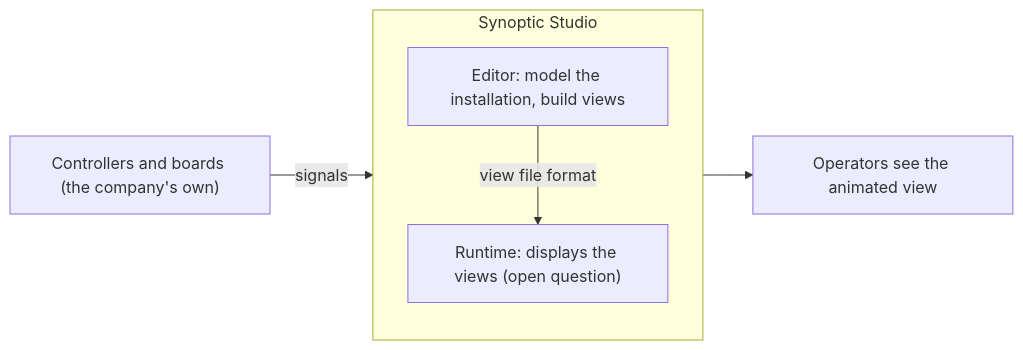
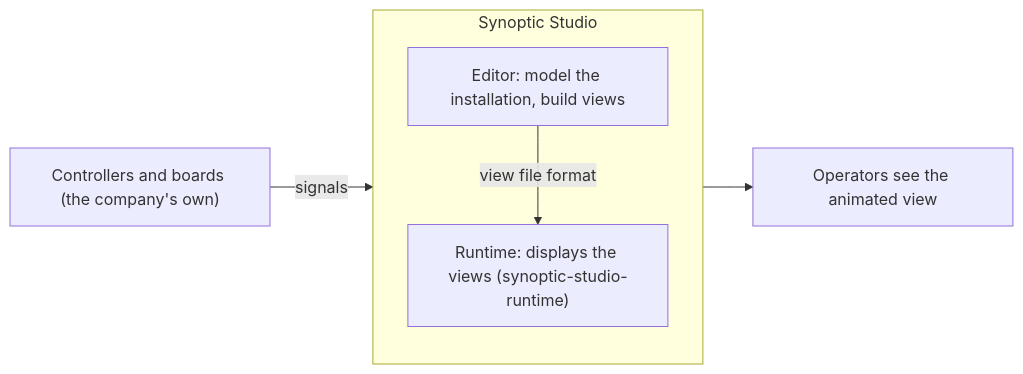
The first of 2 diagrams in README.md (AlexandreGallais/synoptic-studio-spec), drawn with Mermaid before and after one commit. The commit also changed 3 other files, not shown here.

````diff
--- a/README.md
+++ b/README.md
@@ -13,10 +13,10 @@
 ```mermaid
 flowchart LR
     PLC["Controllers and boards (the company's own)"] -->|"signals"| SS
     subgraph SS["Synoptic Studio"]
         ED["Editor: model the installation, build views"]
-        RT["Runtime: displays the views (open question)"]
+        RT["Runtime: displays the views (synoptic-studio-runtime)"]
         ED -->|"view file format"| RT
     end
     SS --> U["Operators see the animated view"]
 ```
````
